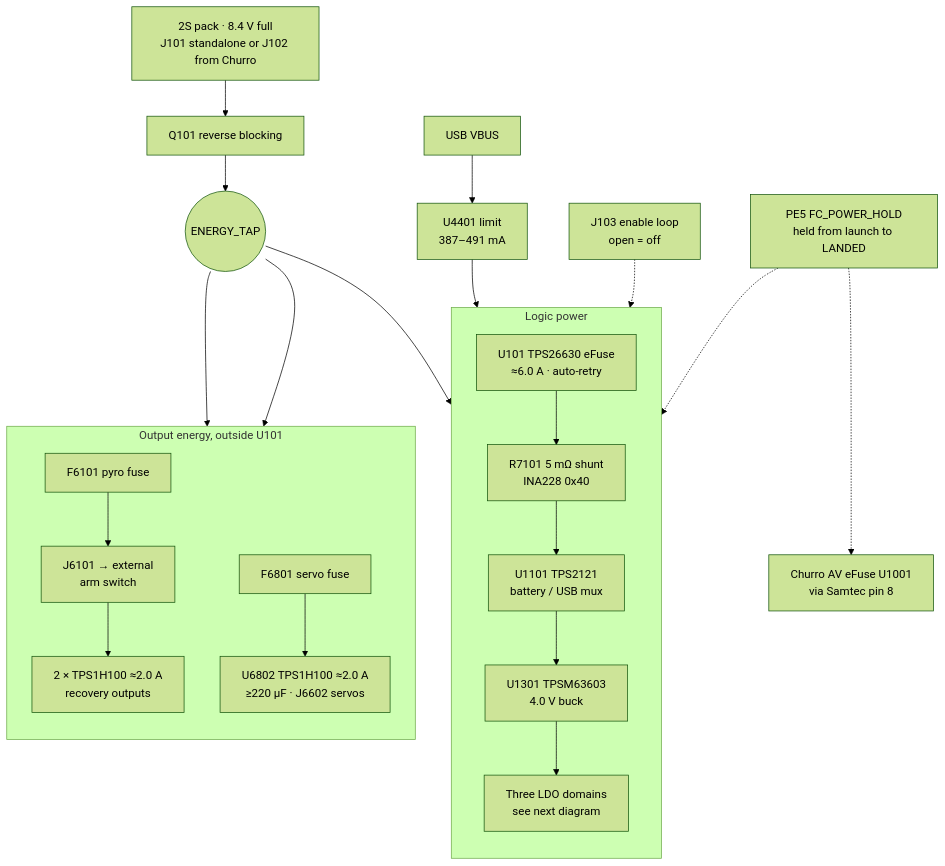
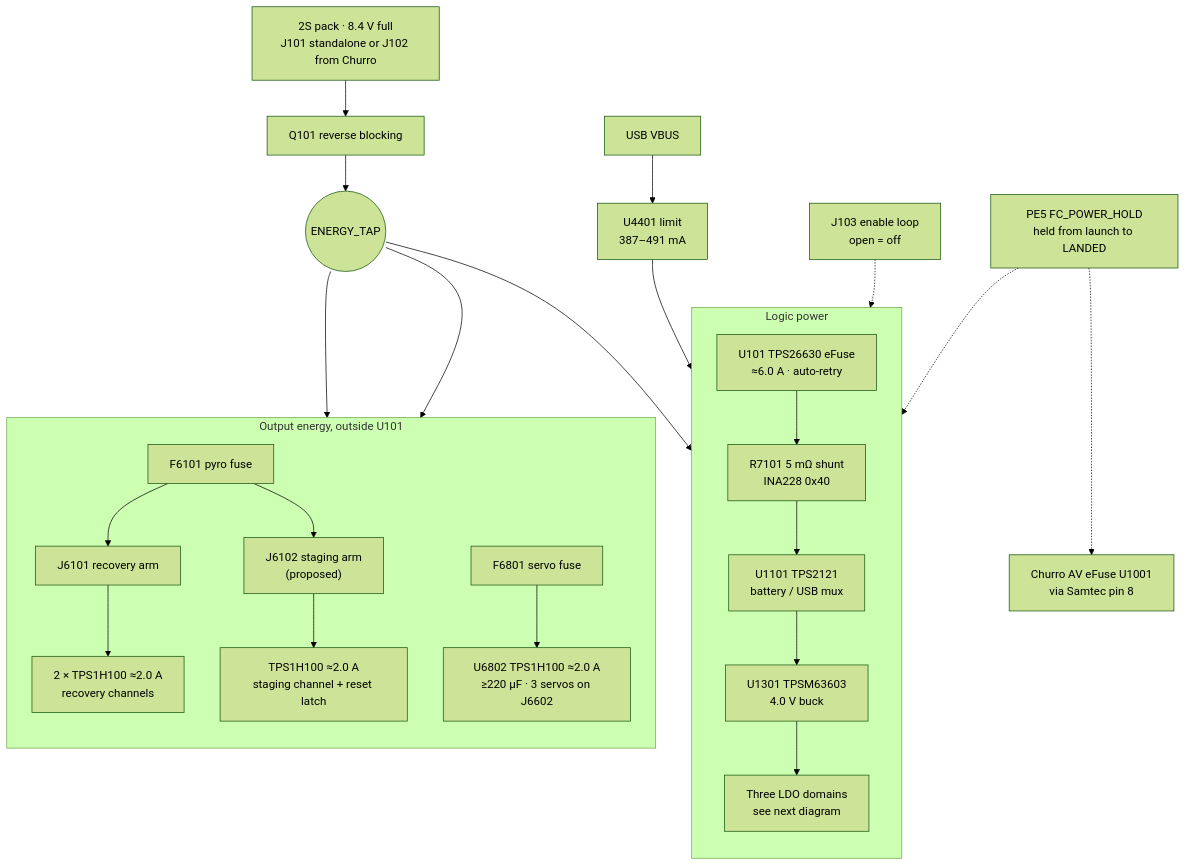
Before and after one commit to ULAS-HiPR/Ogma2: the first of 2 diagrams in docs/architecture/02-power.md, drawn with Mermaid (forest theme). The commit also changed other lines of this file and 14 other files, not shown here.

First line of the commit message:
Keep three pyro channels and three servos (D-7.1)

````diff
--- a/docs/architecture/02-power.md
+++ b/docs/architecture/02-power.md
@@ -12,37 +12,39 @@
 ```mermaid
 flowchart TB
   BAT["2S pack · 8.4 V full
 J101 standalone or J102 from Churro"] --> Q["Q101 reverse blocking"]
   Q --> TAP(("ENERGY_TAP"))
   subgraph LOGIC["Logic power"]
     direction TB
     U101["U101 TPS26630 eFuse
 ≈6.0 A · auto-retry"] --> SH["R7101 5 mΩ shunt
 INA228 0x40"]
     SH --> MUX["U1101 TPS2121
 battery / USB mux"]
     MUX --> BUCK["U1301 TPSM63603
 4.0 V buck"]
     BUCK --> DOM["Three LDO domains
 see next diagram"]
   end
   subgraph ENERGY["Output energy, outside U101"]
     direction TB
-    F61["F6101 pyro fuse"] --> ARM["J6101 → external
-arm switch"] --> PY["2 × TPS1H100 ≈2.0 A
-recovery outputs"]
+    F61["F6101 pyro fuse"] --> ARM["J6101 recovery arm"] --> PY["2 × TPS1H100 ≈2.0 A
+recovery channels"]
+    F61 --> ARM3["J6102 staging arm
+(proposed)"] --> PY3["TPS1H100 ≈2.0 A
+staging channel + reset latch"]
     F68["F6801 servo fuse"] --> SV["U6802 TPS1H100 ≈2.0 A
-≥220 µF · J6602 servos"]
+≥220 µF · 3 servos on J6602"]
   end
   TAP --> U101
   TAP --> F61
   TAP --> F68
   USB["USB VBUS"] --> UL["U4401 limit
 387–491 mA"] --> MUX
   J103["J103 enable loop
 open = off"] -.-> U101
   HOLD["PE5 FC_POWER_HOLD
 held from launch to LANDED"] -.-> U101
   HOLD -.-> CHU["Churro AV eFuse U1001
 via Samtec pin 8"]
 ```
````
